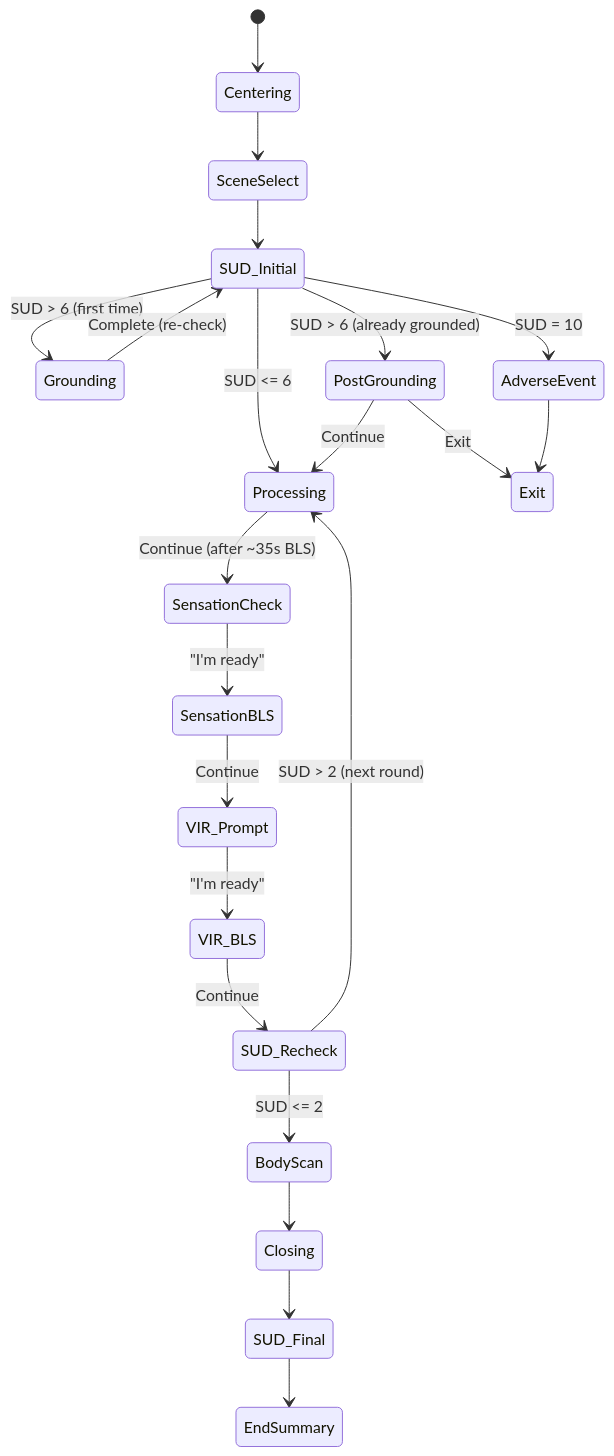
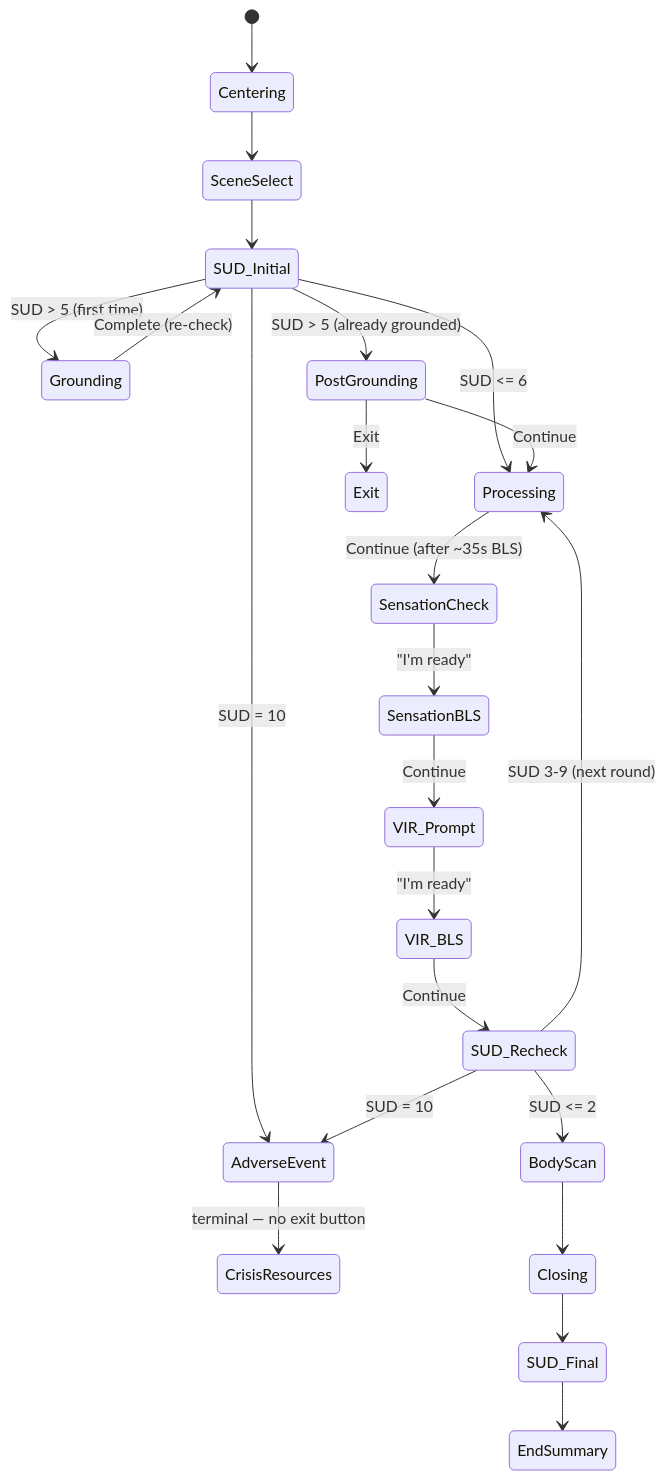
The third of 5 diagrams in docs/UX_FLOW.md (Airwhale/EMDR), drawn with Mermaid before and after one commit. The commit also changed other lines of this file and 2 other files, not shown here.

Commit message:
Align docs with implemented behavior; add audit regression tests
- README: meditation is user-paced up to the 2-hour cap (was "up to 30
  min"); ART loop ends at 2 or below and a 10 exits to the adverse
  protocol; network claim now accurately says same-origin-only with
  self-hosted fonts; test count updated.
- UX_FLOW: ART grounding gate is SUD > 5; adverse event flow is a
  terminal crisis screen by design (no exit edge); ART recheck diagram
  gains the SUD=10 -> adverse edge.
- 26 new regression tests (tests/audit-fixes.test.mjs) covering the
  Firefox smoothCancel fallback (including a stubbed-AudioParam
  execution test), storage probing, SUD safety routing, service worker
  strategies, PWA icons, narration watchdog, wake lock re-acquisition,
  fonts, viewport, and timer hygiene. 139 tests total, all passing.

https://claude.ai/code/session_012hELuM8co9pToGwVtjyfvE

````diff
--- a/docs/UX_FLOW.md
+++ b/docs/UX_FLOW.md
@@ -177,29 +177,30 @@
 ```mermaid
 stateDiagram-v2
     [*] --> Centering
     Centering --> SceneSelect
     SceneSelect --> SUD_Initial
 
-    SUD_Initial --> Grounding : SUD > 6 (first time)
-    SUD_Initial --> PostGrounding : SUD > 6 (already grounded)
+    SUD_Initial --> Grounding : SUD > 5 (first time)
+    SUD_Initial --> PostGrounding : SUD > 5 (already grounded)
     SUD_Initial --> AdverseEvent : SUD = 10
     SUD_Initial --> Processing : SUD <= 6
 
     Grounding --> SUD_Initial : Complete (re-check)
     PostGrounding --> Processing : Continue
     PostGrounding --> Exit : Exit
-    AdverseEvent --> Exit
+    AdverseEvent --> CrisisResources : terminal — no exit button
 
     Processing --> SensationCheck : Continue (after ~35s BLS)
     SensationCheck --> SensationBLS : "I'm ready"
     SensationBLS --> VIR_Prompt : Continue
     VIR_Prompt --> VIR_BLS : "I'm ready"
     VIR_BLS --> SUD_Recheck : Continue
 
-    SUD_Recheck --> Processing : SUD > 2 (next round)
+    SUD_Recheck --> Processing : SUD 3-9 (next round)
     SUD_Recheck --> BodyScan : SUD <= 2
+    SUD_Recheck --> AdverseEvent : SUD = 10
 
     BodyScan --> Closing
     Closing --> SUD_Final
     SUD_Final --> EndSummary
 ```
````
